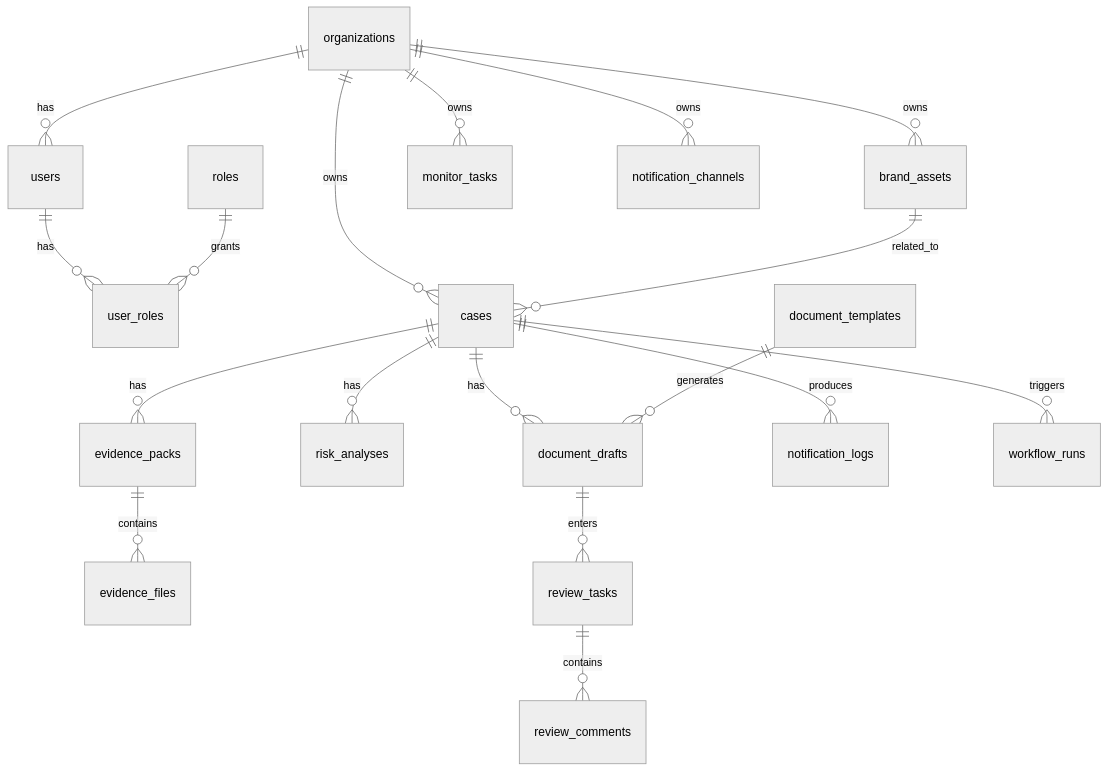
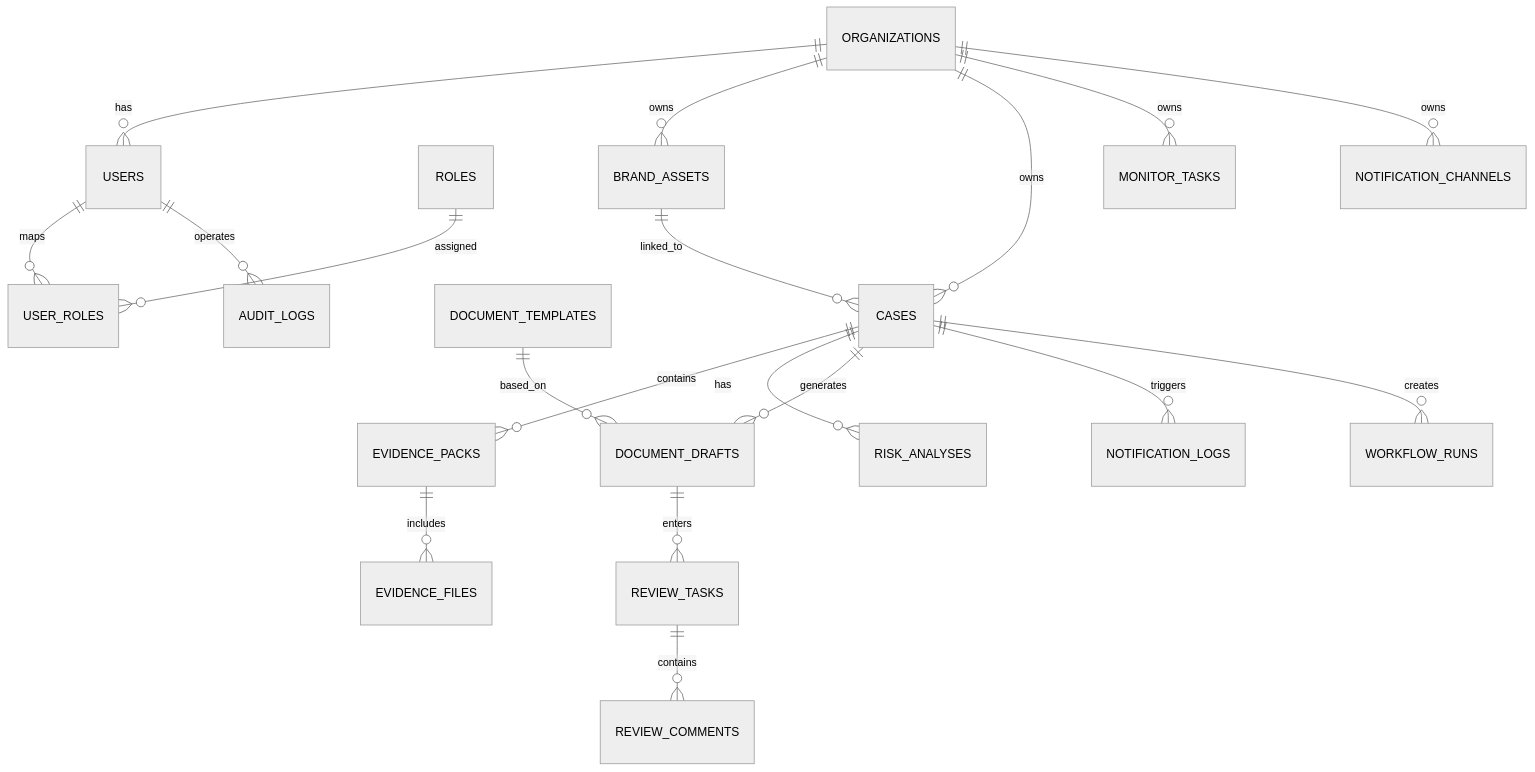
One commit to Keith9922/zhenzhengge changed the second of 2 diagrams in docs/zhenzhengge-database-schema.md. Above: the diagram before and after it, drawn with Mermaid (neutral theme). The commit also changed other lines of this file and 3 other files, not shown here.

Commit message:
docs: add backend, api, db, and user flow baselines

````diff
--- a/docs/zhenzhengge-database-schema.md
+++ b/docs/zhenzhengge-database-schema.md
@@ -278,20 +150,21 @@
 ```mermaid
 erDiagram
-    organizations ||--o{ users : has
-    users ||--o{ user_roles : has
-    roles ||--o{ user_roles : grants
-    organizations ||--o{ brand_assets : owns
-    organizations ||--o{ cases : owns
-    brand_assets ||--o{ cases : related_to
-    cases ||--o{ evidence_packs : has
-    evidence_packs ||--o{ evidence_files : contains
-    cases ||--o{ risk_analyses : has
-    cases ||--o{ document_drafts : has
-    document_templates ||--o{ document_drafts : generates
-    document_drafts ||--o{ review_tasks : enters
-    review_tasks ||--o{ review_comments : contains
-    organizations ||--o{ monitor_tasks : owns
-    organizations ||--o{ notification_channels : owns
-    cases ||--o{ notification_logs : produces
-    cases ||--o{ workflow_runs : triggers
+    ORGANIZATIONS ||--o{ USERS : has
+    USERS ||--o{ USER_ROLES : maps
+    ROLES ||--o{ USER_ROLES : assigned
+    ORGANIZATIONS ||--o{ BRAND_ASSETS : owns
+    ORGANIZATIONS ||--o{ CASES : owns
+    BRAND_ASSETS ||--o{ CASES : linked_to
+    CASES ||--o{ EVIDENCE_PACKS : contains
+    EVIDENCE_PACKS ||--o{ EVIDENCE_FILES : includes
+    CASES ||--o{ RISK_ANALYSES : has
+    DOCUMENT_TEMPLATES ||--o{ DOCUMENT_DRAFTS : based_on
+    CASES ||--o{ DOCUMENT_DRAFTS : generates
+    DOCUMENT_DRAFTS ||--o{ REVIEW_TASKS : enters
+    REVIEW_TASKS ||--o{ REVIEW_COMMENTS : contains
+    ORGANIZATIONS ||--o{ MONITOR_TASKS : owns
+    ORGANIZATIONS ||--o{ NOTIFICATION_CHANNELS : owns
+    CASES ||--o{ NOTIFICATION_LOGS : triggers
+    CASES ||--o{ WORKFLOW_RUNS : creates
+    USERS ||--o{ AUDIT_LOGS : operates
 ```
````
